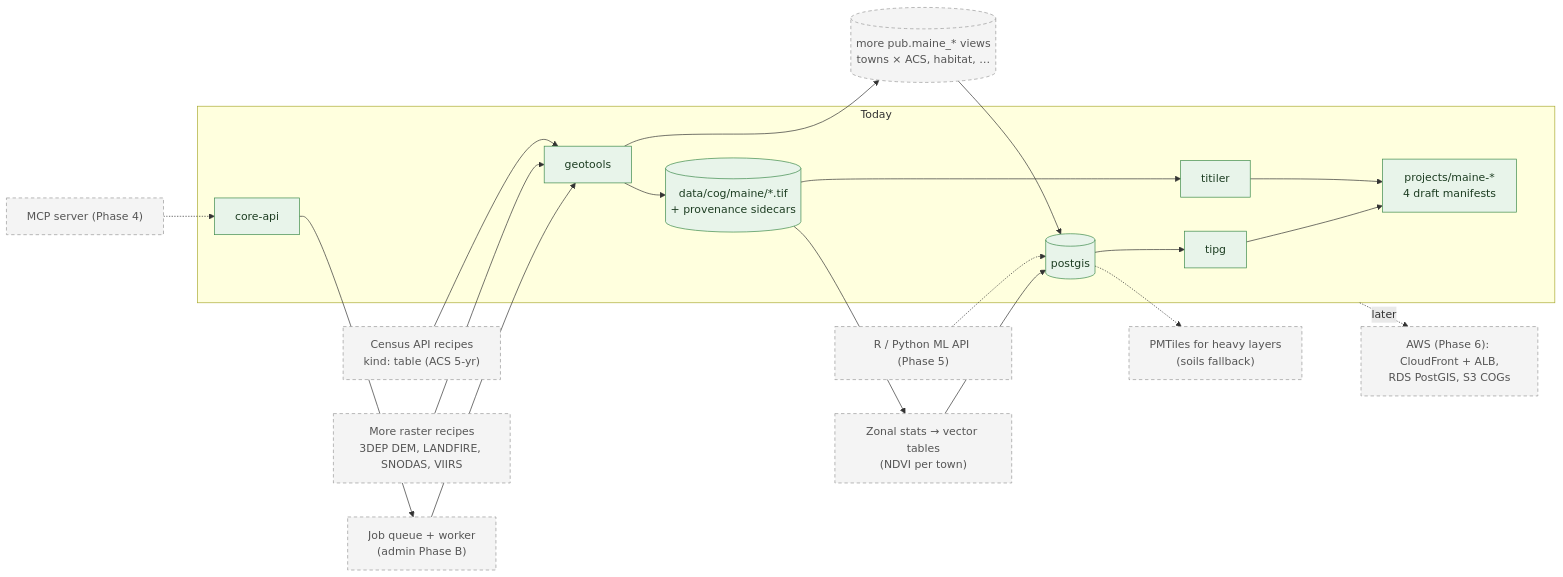
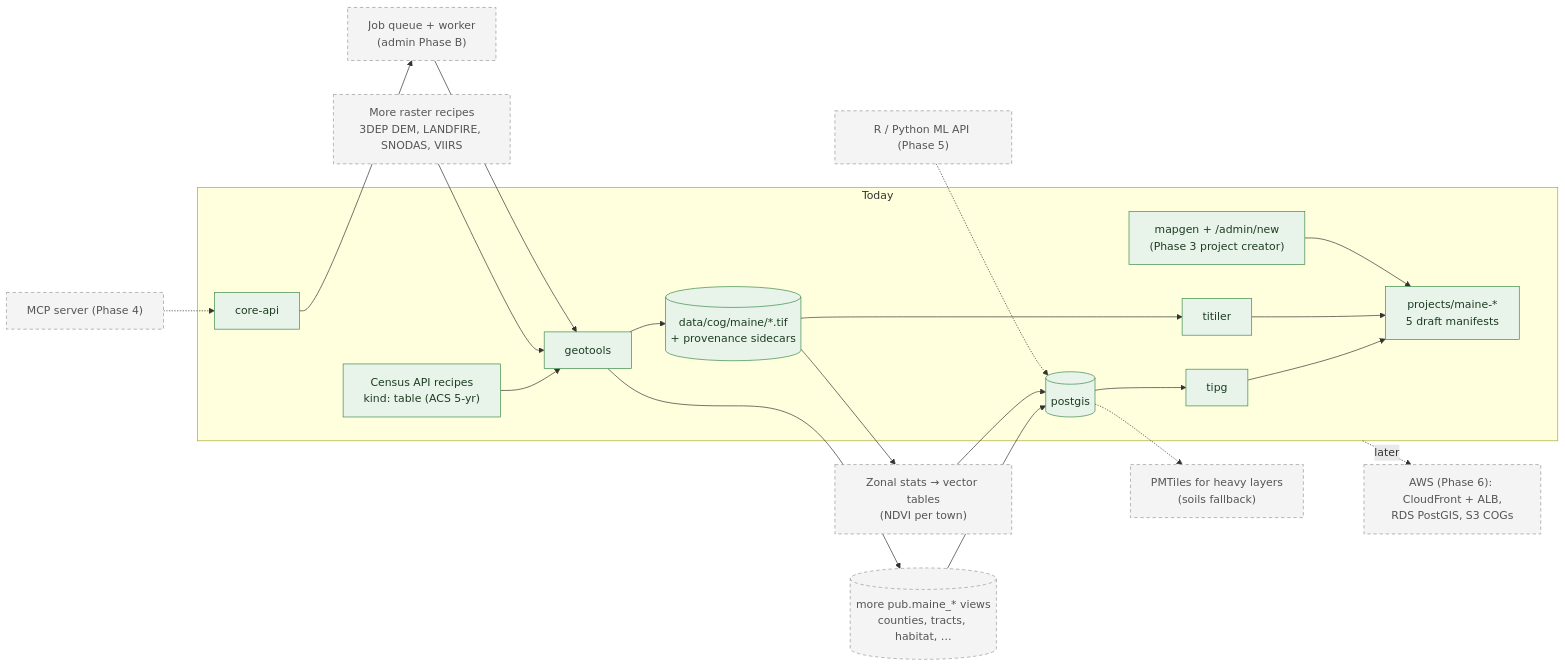
One commit to rwspatial/everything changed the fourth of 4 diagrams in docs/architecture.md. Above: the diagram before and after it, drawn with Mermaid. The commit also changed other lines of this file and 55 other files, not shown here.

````diff
--- a/docs/architecture.md
+++ b/docs/architecture.md
@@ -132,37 +133,39 @@
 ```mermaid
 flowchart LR
   classDef now fill:#e8f4ea,stroke:#3c8a4a,color:#1d3d22
   classDef todo fill:#f4f4f4,stroke:#999,stroke-dasharray:5 4,color:#555
 
   subgraph today["Today"]
     tipg["tipg"]:::now
     titiler["titiler"]:::now
     postgis[("postgis")]:::now
     core_api["core-api"]:::now
     geotools["geotools"]:::now
-    maine_proj["projects/maine-*<br/>4 draft manifests"]:::now
+    maine_proj["projects/maine-*<br/>5 draft manifests"]:::now
+    census["Census API recipes<br/>kind: table (ACS 5-yr)"]:::now
+    mapgen["mapgen + /admin/new<br/>(Phase 3 project creator)"]:::now
     cogs[("data/cog/maine/*.tif<br/>+ provenance sidecars")]:::now
   end
 
-  maine_views[("more pub.maine_* views<br/>towns × ACS, habitat, …")]:::todo
-  census["Census API recipes<br/>kind: table (ACS 5-yr)"]:::todo
+  maine_views[("more pub.maine_* views<br/>counties, tracts, habitat, …")]:::todo
   rasters["More raster recipes<br/>3DEP DEM, LANDFIRE, SNODAS, VIIRS"]:::todo
   zonal["Zonal stats → vector tables<br/>(NDVI per town)"]:::todo
   worker["Job queue + worker<br/>(admin Phase B)"]:::todo
   pmtiles["PMTiles for heavy layers<br/>(soils fallback)"]:::todo
   mcp["MCP server (Phase 4)"]:::todo
   ml["R / Python ML API (Phase 5)"]:::todo
   aws["AWS (Phase 6): CloudFront + ALB,<br/>RDS PostGIS, S3 COGs"]:::todo
 
   census --> geotools
   geotools --> maine_views
   maine_views --> postgis
   postgis --> tipg --> maine_proj
   rasters --> geotools --> cogs --> titiler --> maine_proj
   cogs --> zonal --> postgis
   core_api --> worker --> geotools
   postgis -.-> pmtiles
   mcp -.-> core_api
+  mapgen --> maine_proj
   ml -.-> postgis
   today -.->|later| aws
 ```
````
